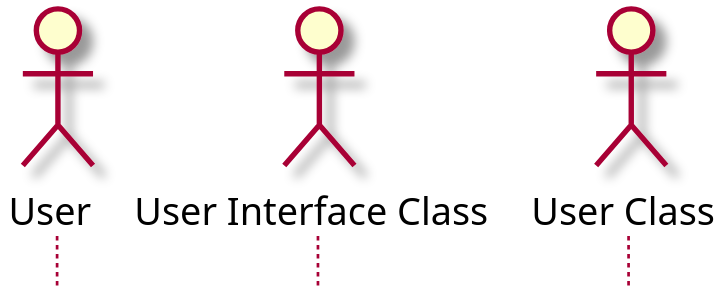
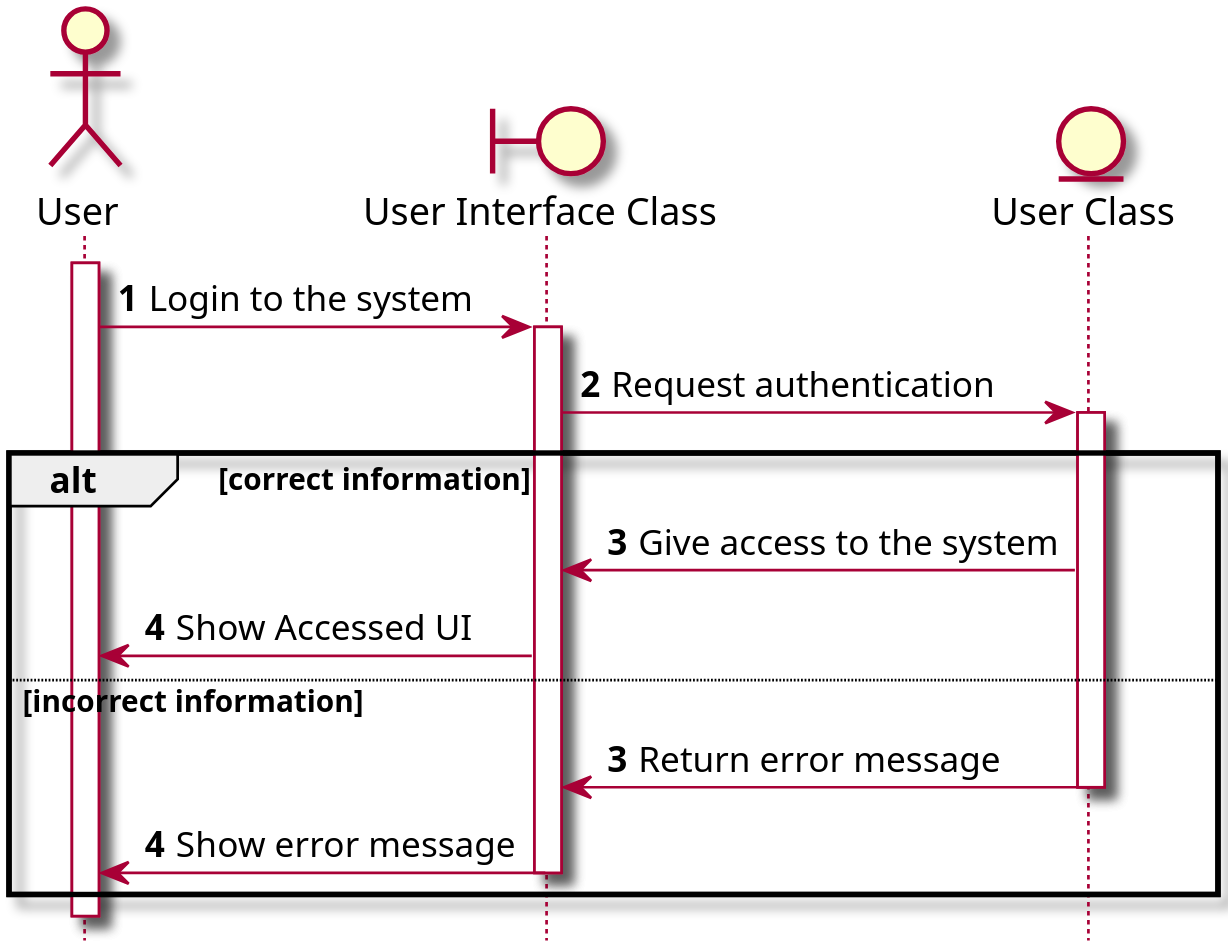
The diagram in Sequence/SEQ3 Sign in.wsd (Marowota/SE100-plantuml), drawn with PlantUML before and after one commit. The commit also changed 1 other file, not shown here.

```diff
--- a/Sequence/SEQ3 Sign in.wsd
+++ b/Sequence/SEQ3 Sign in.wsd
@@ -1,14 +1,23 @@
 @startuml SEQ3 Signin
 skin rose
 hide footbox
 scale 3
 skinparam MaxMessageSize 200
 
 actor "User" as user 
-actor "User Interface Class" as UIClass
-actor "User Class" as User
+boundary "User Interface Class" as UIClass
+entity "User Class" as userClass
 
 autonumber
-    
-
+    user++
+    user -> UIClass ++: Login to the system
+    UIClass -> userClass ++: Request authentication
+    alt correct information
+        userClass -> UIClass : Give access to the system
+        UIClass -> user : Show Accessed UI
+    else incorrect information
+        autonumber 3
+        userClass -> UIClass --: Return error message
+        UIClass -> user --: Show error message
+    end
 @enduml
```
